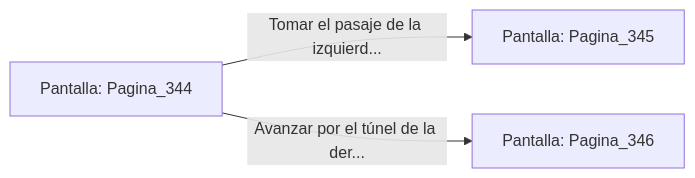
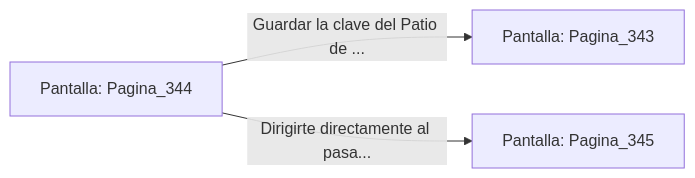
Before and after one commit to metsuke/mpl: the diagram in sample/eligejuego-vault/Pantalla_Pagina_344.md, drawn with Mermaid. The commit also changed other lines of this file and 635 other files, not shown here.

First line of the commit message:
fix: añadir Pagina_1 como pantalla inicial en capitulo_01.mpl

````diff
--- a/sample/eligejuego-vault/Pantalla_Pagina_344.md
+++ b/sample/eligejuego-vault/Pantalla_Pagina_344.md
@@ -20,6 +22,6 @@
 ```mermaid
 graph LR
     P_Pagina_344["Pantalla: Pagina_344"]
-    P_Pagina_344 -->|"Tomar el pasaje de la izquierd..."| P_Pagina_345["Pantalla: Pagina_345"]
-    P_Pagina_344 -->|"Avanzar por el túnel de la der..."| P_Pagina_346["Pantalla: Pagina_346"]
+    P_Pagina_344 -->|"Guardar la clave del Patio de ..."| P_Pagina_343["Pantalla: Pagina_343"]
+    P_Pagina_344 -->|"Dirigirte directamente al pasa..."| P_Pagina_345["Pantalla: Pagina_345"]
 ```
````
